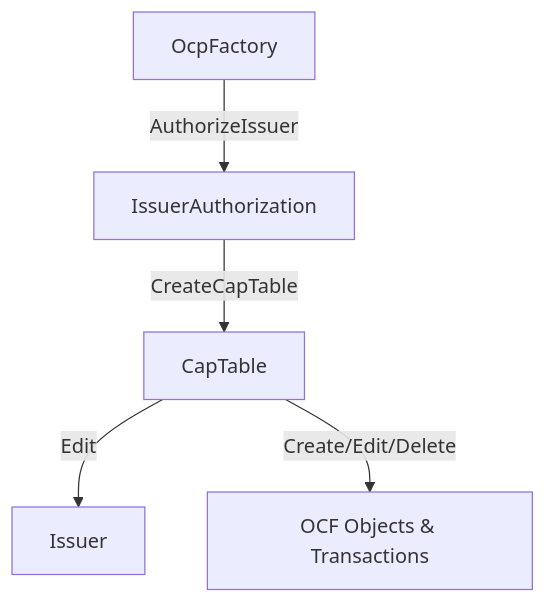
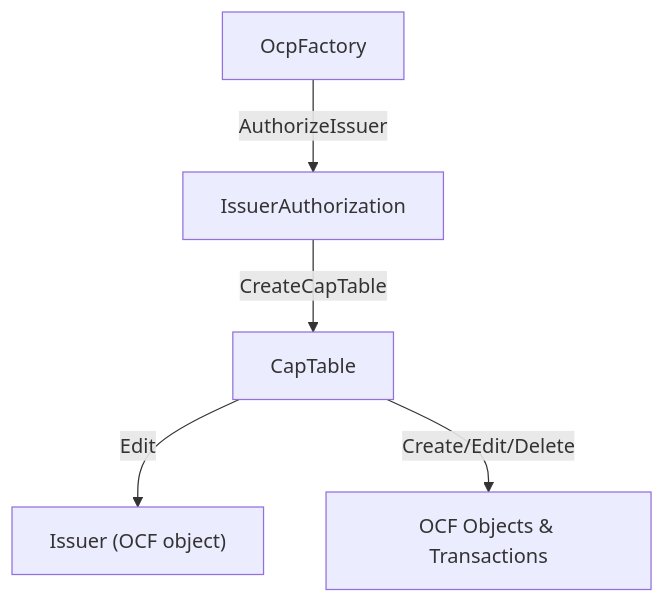
One commit to Fairmint/open-captable-protocol-daml changed the first of 2 diagrams in docs/OCP_CONTRACT_DIAGRAM.md. Above: the diagram before and after it, drawn with Mermaid. The commit also changed other lines of this file, not shown here.

Commit message:
Clarify Issuer as OCF object and add OCF contract interactions in diagrams

````diff
--- a/docs/OCP_CONTRACT_DIAGRAM.md
+++ b/docs/OCP_CONTRACT_DIAGRAM.md
@@ -5,7 +5,7 @@
 ```mermaid
 flowchart TB
     OcpFactory -->|AuthorizeIssuer| IssuerAuthorization
     IssuerAuthorization -->|CreateCapTable| CapTable
-    CapTable -->|Edit| Issuer
+    CapTable -->|Edit| Issuer["Issuer (OCF object)"]
     CapTable -->|Create/Edit/Delete| OCF["OCF Objects & Transactions"]
 ```
````
